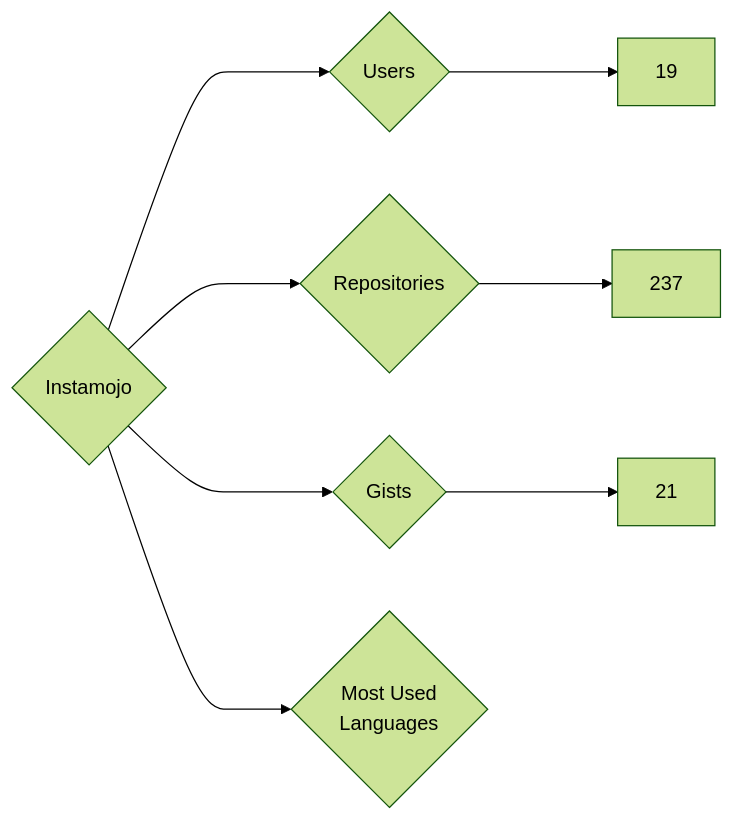
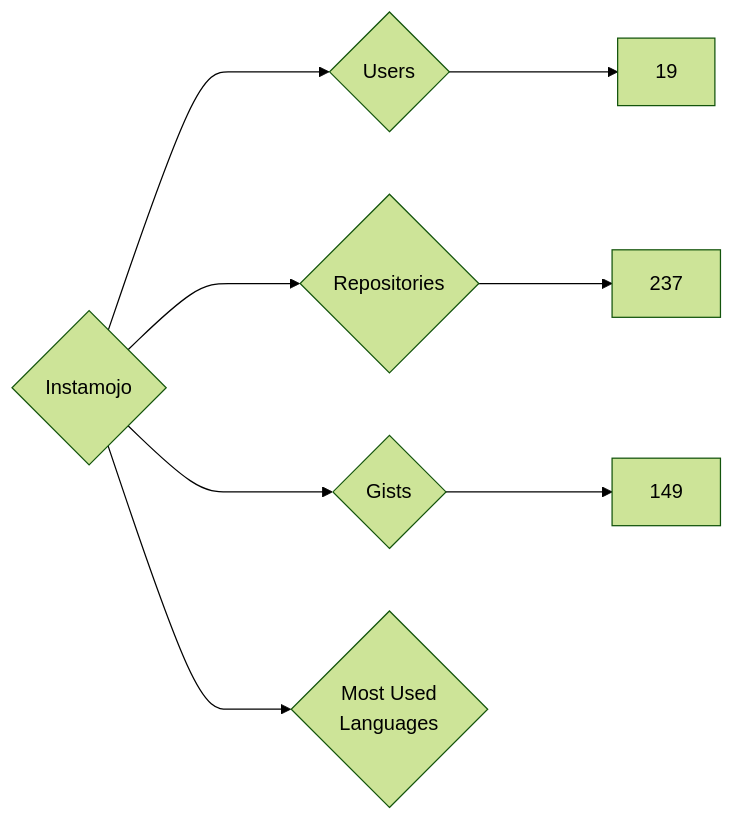
Before and after one commit to nenadzaric/insiders: the diagram in targets/Instamojo/README.md, drawn with Mermaid (forest theme). The commit also changed 1342 other files, not shown here.

````diff
--- a/targets/Instamojo/README.md
+++ b/targets/Instamojo/README.md
@@ -3,8 +3,8 @@
 ```mermaid
 graph LR
 COMPANY_NAME{Instamojo}
 COMPANY_NAME ---> U{Users} ---> UN[19]
 COMPANY_NAME ---> R{Repositories} ---> RN[237]
-COMPANY_NAME ---> G{Gists} ---> GN[21]
+COMPANY_NAME ---> G{Gists} ---> GN[149]
 COMPANY_NAME ---> ML{Most Used<br>Languages}
 ```
````
